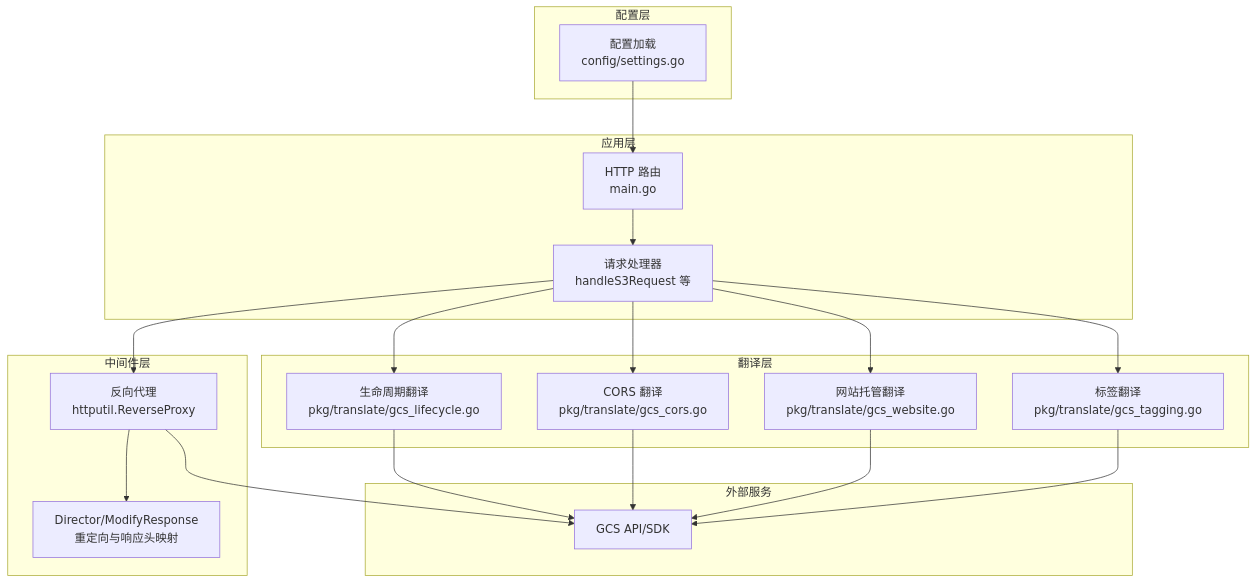
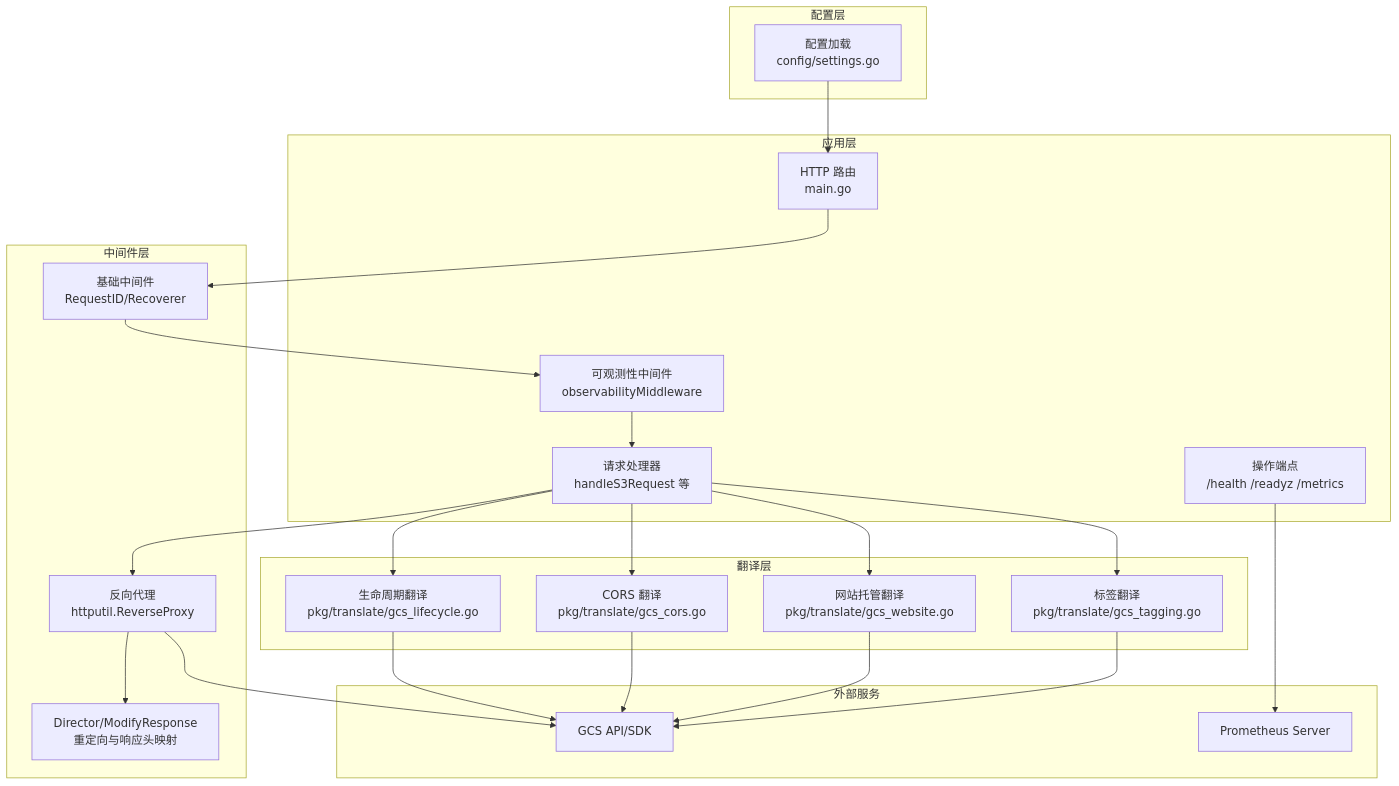
Before and after one commit to flying1574/S3Proxy4GCS: the first of 11 diagrams in .qoder/repowiki/zh/content/项目概述/技术架构.md, drawn with Mermaid. The commit also changed other lines of this file and 5 other files, not shown here.

````diff
--- a/.qoder/repowiki/zh/content/项目概述/技术架构.md
+++ b/.qoder/repowiki/zh/content/项目概述/技术架构.md
@@ -41,36 +51,43 @@
 ```mermaid
 graph TB
 subgraph "应用层"
 R["HTTP 路由<br/>main.go"]
 H["请求处理器<br/>handleS3Request 等"]
+MW["可观测性中间件<br/>observabilityMiddleware"]
+END["操作端点<br/>/health /readyz /metrics"]
 end
 subgraph "中间件层"
 RP["反向代理<br/>httputil.ReverseProxy"]
 DIR["Director/ModifyResponse<br/>重定向与响应头映射"]
+ENDM["基础中间件<br/>RequestID/Recoverer"]
 end
 subgraph "配置层"
 CFG["配置加载<br/>config/settings.go"]
 end
 subgraph "翻译层"
 T1["生命周期翻译<br/>pkg/translate/gcs_lifecycle.go"]
 T2["CORS 翻译<br/>pkg/translate/gcs_cors.go"]
 T3["网站托管翻译<br/>pkg/translate/gcs_website.go"]
 T4["标签翻译<br/>pkg/translate/gcs_tagging.go"]
 end
 subgraph "外部服务"
 GCS["GCS API/SDK"]
+PROM["Prometheus Server"]
 end
-R --> H
+R --> ENDM
+ENDM --> MW
+MW --> H
 H --> RP
 RP --> DIR
 H --> T1
 H --> T2
 H --> T3
 H --> T4
 RP --> GCS
 T1 --> GCS
 T2 --> GCS
 T3 --> GCS
 T4 --> GCS
+END --> PROM
 CFG --> R
 ```
````
